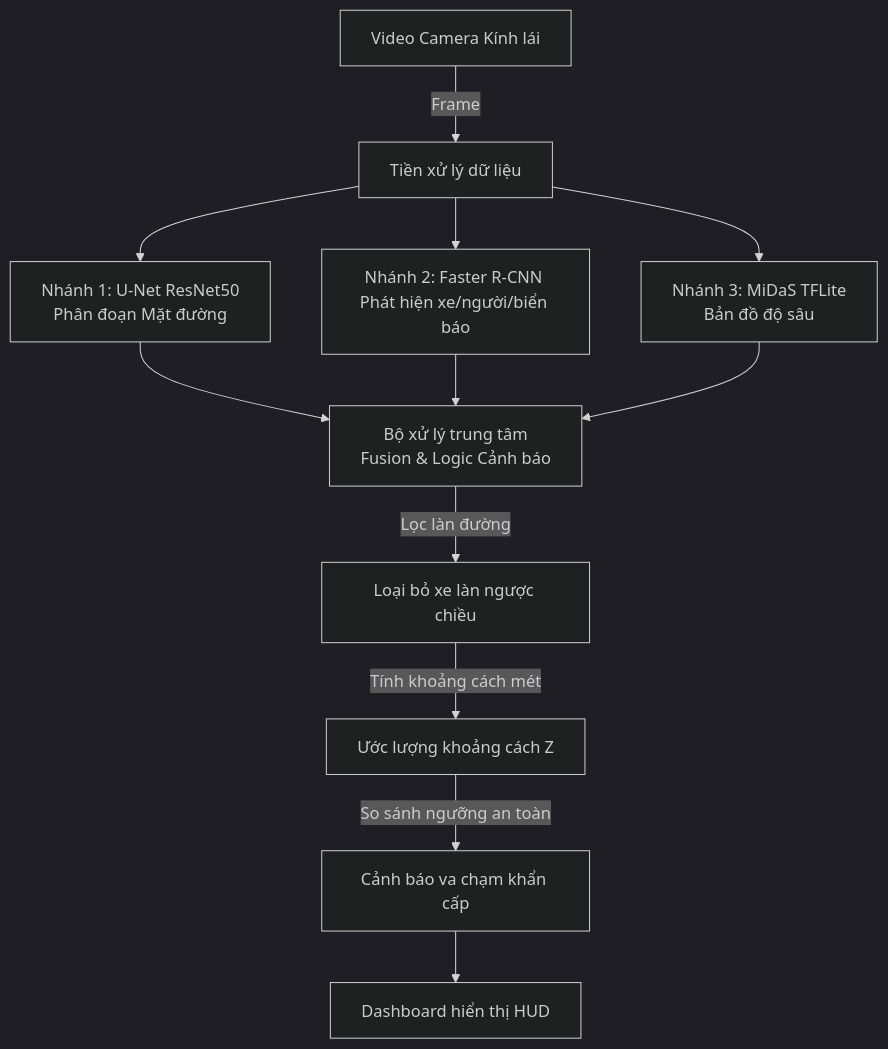
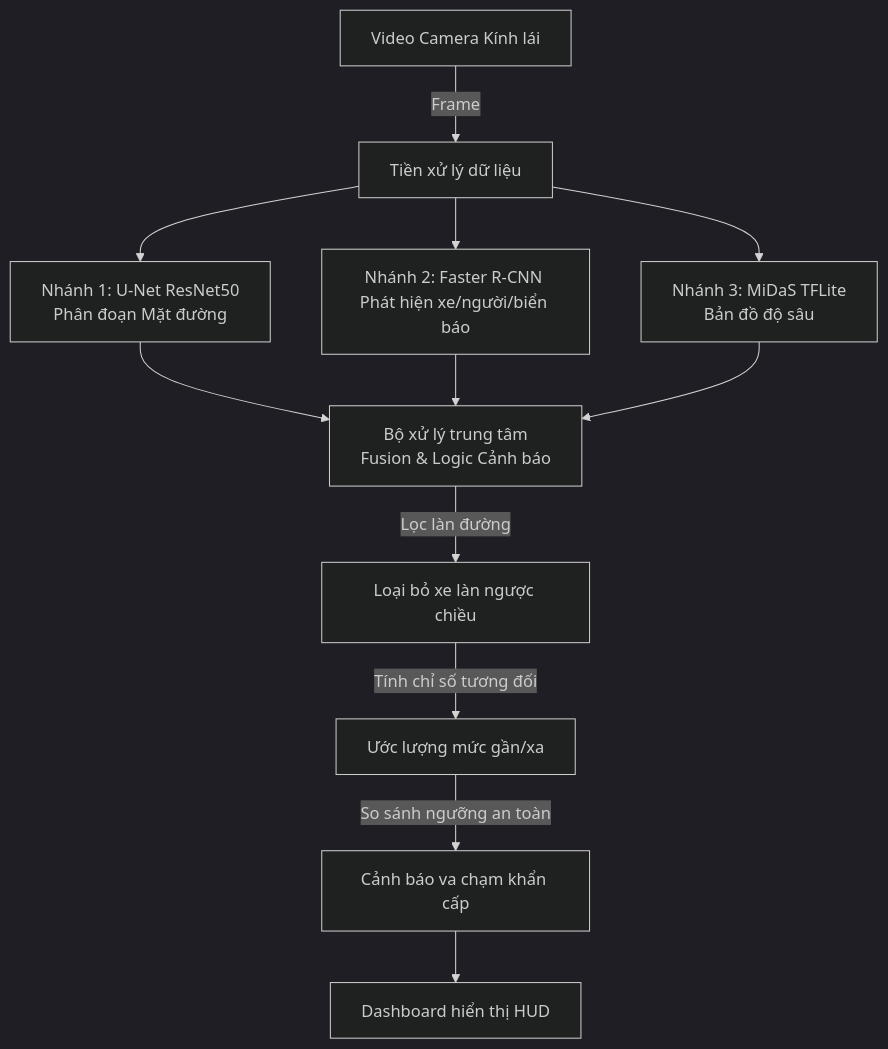
The diagram in bao_cao_bai_tap_lon.md (xuanhai0913/group9-scene-understanding), drawn with Mermaid (dark theme) before and after one commit. The commit also changed other lines of this file and 14 other files, not shown here.

````diff
--- a/bao_cao_bai_tap_lon.md
+++ b/bao_cao_bai_tap_lon.md
@@ -23,17 +23,17 @@
 ```mermaid
 graph TD
     Input[Video Camera Kính lái] -->|Frame| Preprocess[Tiền xử lý dữ liệu]
     Preprocess --> Seg[Nhánh 1: U-Net ResNet50 <br>Phân đoạn Mặt đường]
     Preprocess --> Det[Nhánh 2: Faster R-CNN <br>Phát hiện xe/người/biển báo]
     Preprocess --> Depth[Nhánh 3: MiDaS TFLite <br>Bản đồ độ sâu]
     
     Seg --> Integration[Bộ xử lý trung tâm <br>Fusion & Logic Cảnh báo]
     Det --> Integration
     Depth --> Integration
     
     Integration -->|Lọc làn đường| LaneFilter[Loại bỏ xe làn ngược chiều]
-    LaneFilter -->|Tính khoảng cách mét| DistCalc[Ước lượng khoảng cách Z]
+    LaneFilter -->|Tính chỉ số tương đối| DistCalc[Ước lượng mức gần/xa]
     DistCalc -->|So sánh ngưỡng an toàn| AlertSystem[Cảnh báo va chạm khẩn cấp]
     
     AlertSystem --> Output[Dashboard hiển thị HUD]
 ```
````
